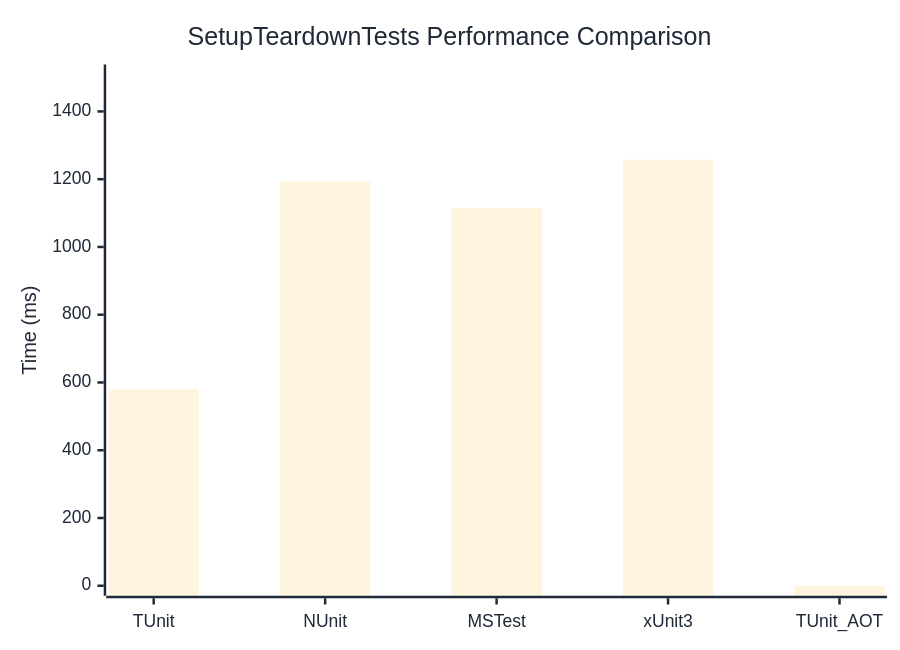
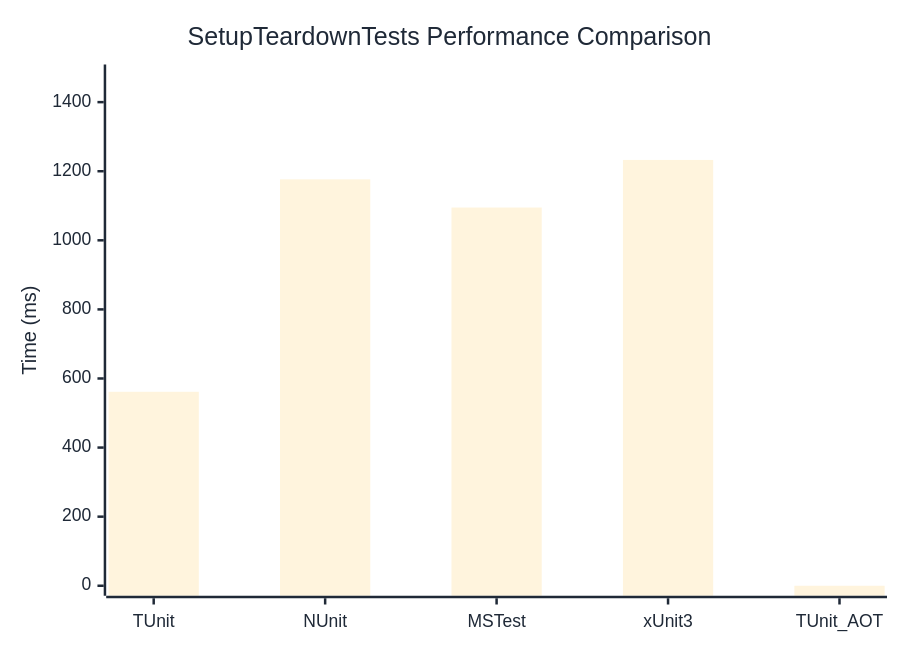
One commit to thomhurst/TUnit changed the diagram in docs/docs/benchmarks/SetupTeardownTests.md. Above: the diagram before and after it, drawn with Mermaid. The commit also changed other lines of this file and 17 other files, not shown here.

````diff
--- a/docs/docs/benchmarks/SetupTeardownTests.md
+++ b/docs/docs/benchmarks/SetupTeardownTests.md
@@ -27,37 +27,37 @@
 ```mermaid
 %%{init: {
   'theme':'base',
   'themeVariables': {
     'primaryColor': '#2563eb',
     'primaryTextColor': '#1f2937',
     'primaryBorderColor': '#1e40af',
     'lineColor': '#6b7280',
     'secondaryColor': '#7c3aed',
     'tertiaryColor': '#dc2626',
     'background': '#ffffff',
     'mainBkg': '#2563eb',
     'secondBkg': '#7c3aed',
     'tertiaryBkg': '#dc2626',
     'clusterBkg': '#f3f4f6',
     'edgeLabelBackground': '#ffffff',
     'tertiaryTextColor': '#1f2937',
     'pie1': '#2563eb',
     'pie2': '#7c3aed',
     'pie3': '#dc2626',
     'pie4': '#f59e0b',
     'pie5': '#10b981',
     'pie6': '#06b6d4',
     'pie7': '#ec4899',
     'pie8': '#6366f1',
     'pie9': '#84cc16',
     'pie10': '#f97316',
     'pie11': '#14b8a6',
     'pie12': '#a855f7'
   }
 }}%%
 xychart-beta
   title "SetupTeardownTests Performance Comparison"
   x-axis ["TUnit", "NUnit", "MSTest", "xUnit3", "TUnit_AOT"]
-  y-axis "Time (ms)" 0 --> 1509
-  bar [581, 1193.2, 1115.2, 1257.3, 0]
+  y-axis "Time (ms)" 0 --> 1480
+  bar [561.5, 1176.5, 1094.9, 1232.7, 0]
 ```
````
